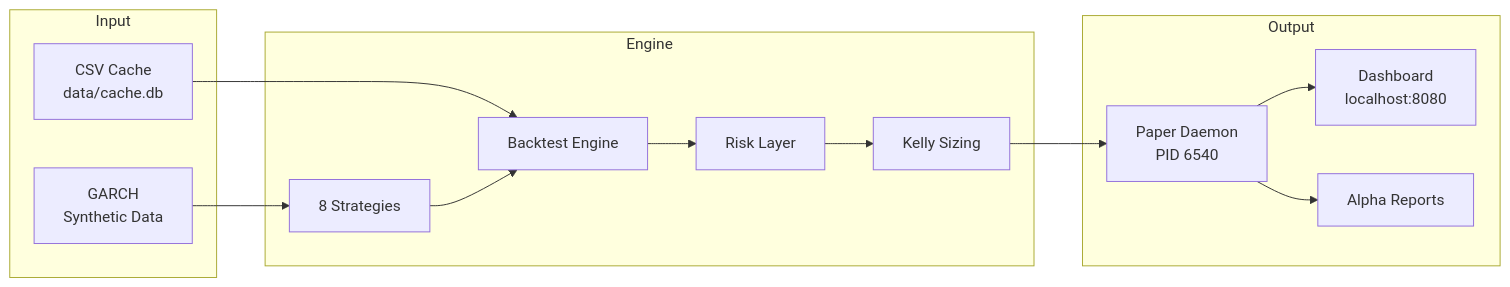
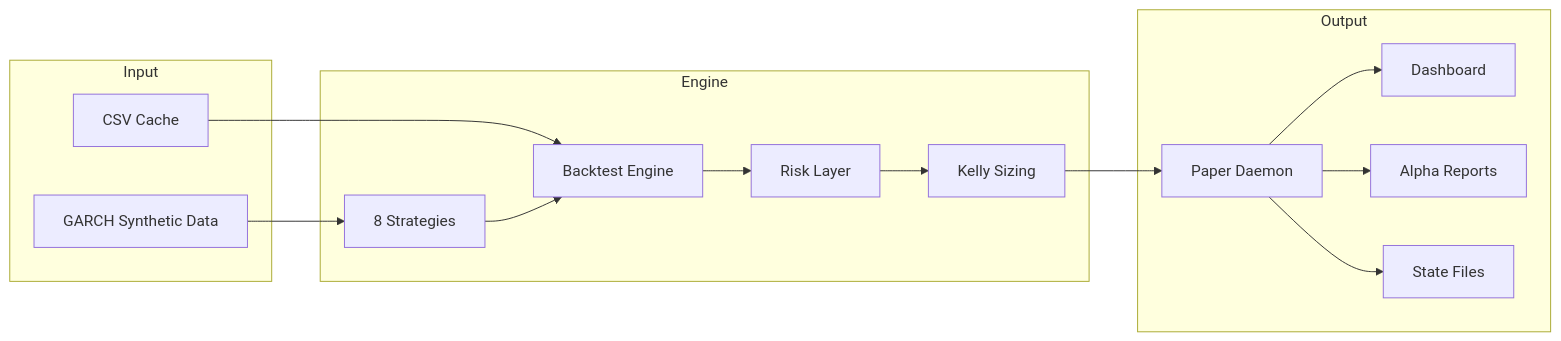
The second of 2 diagrams in README.md (mulkymalikuldhrs/Quant-Nanggroe-AI), drawn with Mermaid before and after one commit. The commit also changed other lines of this file and 354 other files, not shown here.

````diff
--- a/README.md
+++ b/README.md
@@ -50,26 +40,28 @@
 ```mermaid
 flowchart LR
     subgraph Input
-        A[GARCH<br/>Synthetic Data]
-        B[CSV Cache<br/>data/cache.db]
+        A[GARCH Synthetic Data]
+        B[CSV Cache]
     end
     subgraph Engine
         C[8 Strategies]
         D[Backtest Engine]
         E[Risk Layer]
         F[Kelly Sizing]
     end
     subgraph Output
-        G[Paper Daemon<br/>PID 6540]
-        H[Dashboard<br/>localhost:8080]
+        G[Paper Daemon]
+        H[Dashboard]
         I[Alpha Reports]
+        J[State Files]
     end
     A --> C
     B --> D
     C --> D
     D --> E
     E --> F
     F --> G
     G --> H
     G --> I
+    G --> J
 ```
````
